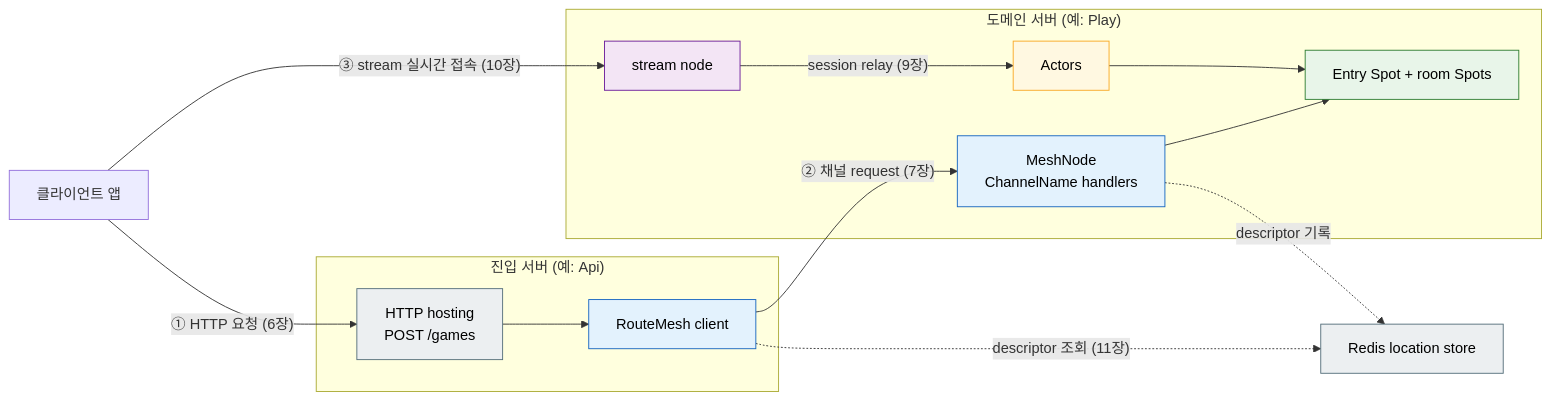
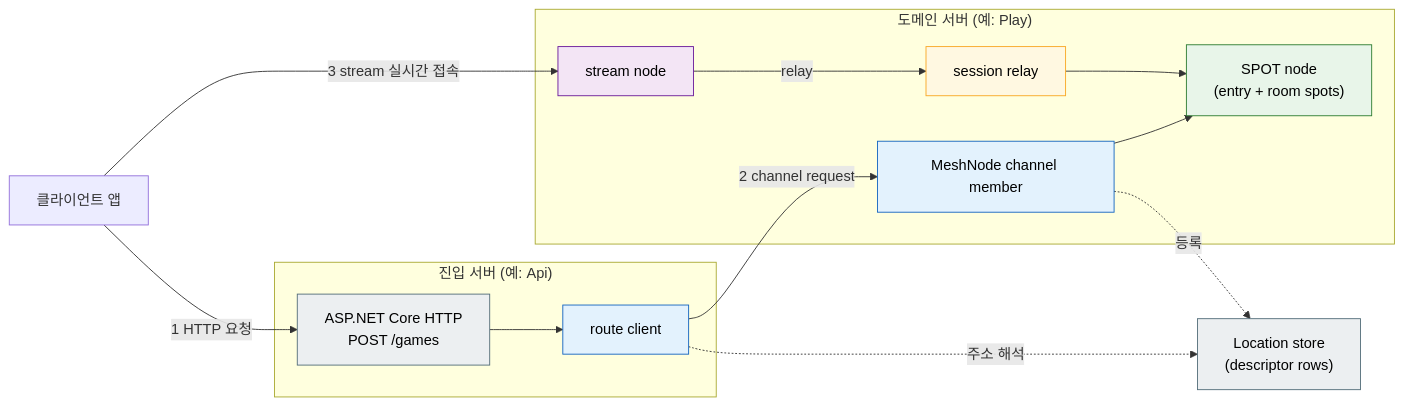
Before and after one commit to kairos-code-dev/zlink: diagram 12 of 12 in framework/doc/framework/cpp/guide/server/01-overview.ko.md, drawn with Mermaid. The commit also changed other lines of this file and 9 other files, not shown here.

````diff
--- a/framework/doc/framework/cpp/guide/server/01-overview.ko.md
+++ b/framework/doc/framework/cpp/guide/server/01-overview.ko.md
@@ -313,30 +909,30 @@
 ```mermaid
 flowchart LR
     Client["클라이언트 앱"]
     subgraph Api["진입 서버 (예: Api)"]
-        HTTP["HTTP hosting<br/>POST /games"]:::infra
-        ApiC["RouteMesh client"]:::channel
+        HTTP["ASP.NET Core HTTP<br/>POST /games"]:::infra
+        ApiC["route client"]:::channel
     end
     subgraph Core["도메인 서버 (예: Play)"]
-        CoreS["MeshNode<br/>ChannelName handlers"]:::channel
-        SpotN["Entry Spot + room Spots"]:::spot
+        CoreS["MeshNode channel member"]:::channel
+        SpotN["SPOT node<br/>(entry + room spots)"]:::spot
         StreamN["stream node"]:::stream
-        Actors["Actors"]:::actor
+        ActorG["session relay"]:::actor
     end
-    Store["Redis location store"]:::infra
+    Store["Location store<br/>(descriptor rows)"]:::infra
 
-    Client -- "① HTTP 요청 (6장)" --> HTTP
+    Client -- "1 HTTP 요청" --> HTTP
     HTTP --> ApiC
-    ApiC -- "② 채널 request (7장)" --> CoreS
+    ApiC -- "2 channel request" --> CoreS
     CoreS --> SpotN
-    Client -- "③ stream 실시간 접속 (10장)" --> StreamN
-    StreamN -- "session relay (9장)" --> Actors --> SpotN
-    ApiC -.->|"descriptor 조회 (11장)"| Store
-    CoreS -.->|"descriptor 기록"| Store
+    Client -- "3 stream 실시간 접속" --> StreamN
+    StreamN -- "relay" --> ActorG --> SpotN
+    ApiC -.->|"주소 해석"| Store
+    CoreS -.->|등록| Store
 
     classDef channel fill:#e3f2fd,stroke:#1565c0,color:#000000
     classDef spot fill:#e8f5e9,stroke:#2e7d32,color:#000000
     classDef actor fill:#fff8e1,stroke:#f9a825,color:#000000
     classDef stream fill:#f3e5f5,stroke:#6a1b9a,color:#000000
     classDef infra fill:#eceff1,stroke:#546e7a,color:#000000
 ```
````
